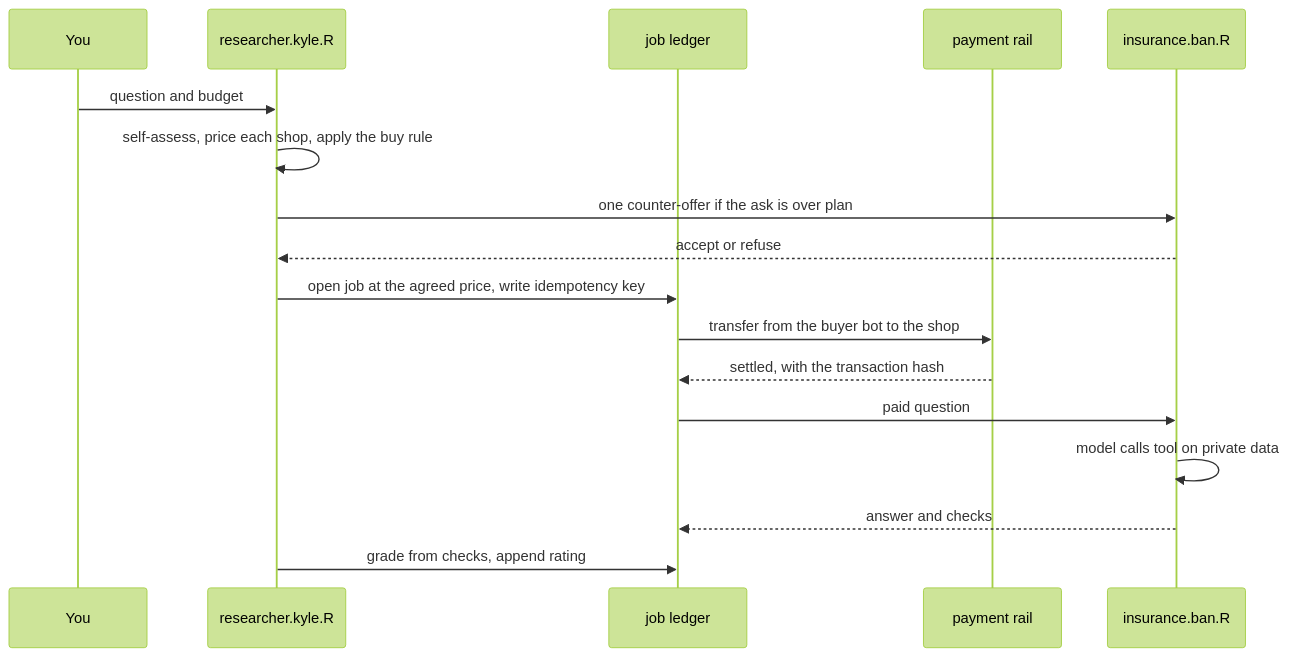
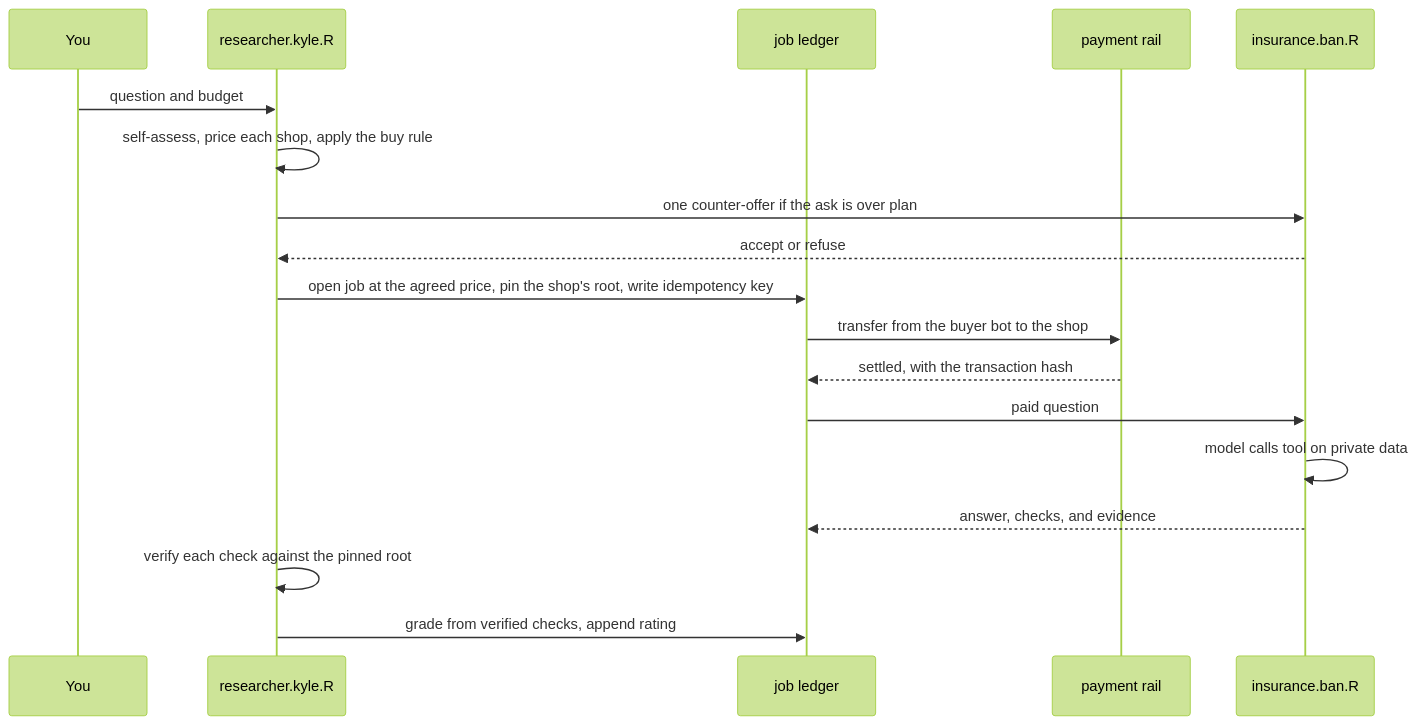
One commit to taejeekim/InferPay changed the first of 2 diagrams in README.md. Above: the diagram before and after it, drawn with Mermaid (forest theme). The commit also changed other lines of this file, not shown here.

First line of the commit message:
docs: show verified checks, the lying-shop step, and on-chain reputation

````diff
--- a/README.md
+++ b/README.md
@@ -350,19 +484,20 @@
 ```mermaid
 sequenceDiagram
   participant You
   participant Buyer as researcher.kyle.R
   participant Market as job ledger
   participant Rail as payment rail
   participant Shop as insurance.ban.R
   You->>Buyer: question and budget
   Buyer->>Buyer: self-assess, price each shop, apply the buy rule
   Buyer->>Shop: one counter-offer if the ask is over plan
   Shop-->>Buyer: accept or refuse
-  Buyer->>Market: open job at the agreed price, write idempotency key
+  Buyer->>Market: open job at the agreed price, pin the shop's root, write idempotency key
   Market->>Rail: transfer from the buyer bot to the shop
   Rail-->>Market: settled, with the transaction hash
   Market->>Shop: paid question
   Shop->>Shop: model calls tool on private data
-  Shop-->>Market: answer and checks
-  Buyer->>Market: grade from checks, append rating
+  Shop-->>Market: answer, checks, and evidence
+  Buyer->>Buyer: verify each check against the pinned root
+  Buyer->>Market: grade from verified checks, append rating
 ```
````
